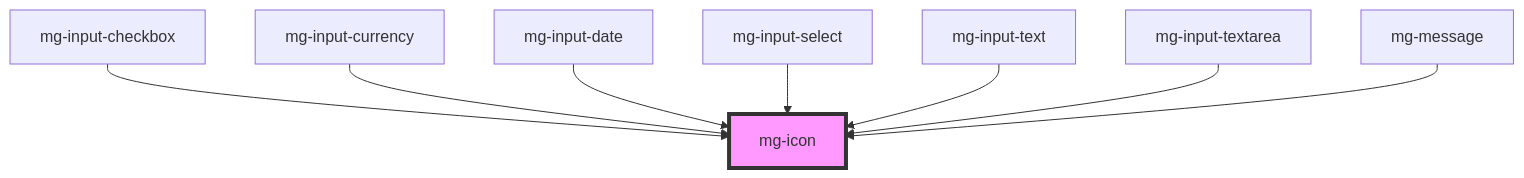
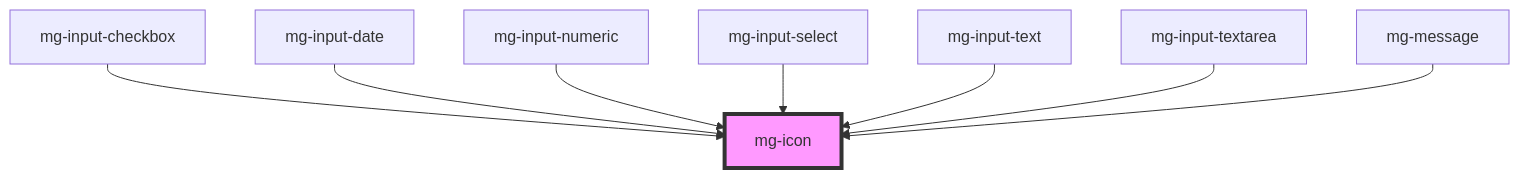
Before and after one commit to MGDIS/mg-components: the diagram in src/components/atoms/mg-icon/readme.md, drawn with Mermaid. The commit also changed other lines of this file and 20 other files, not shown here.

````diff
--- a/src/components/atoms/mg-icon/readme.md
+++ b/src/components/atoms/mg-icon/readme.md
@@ -29,11 +29,11 @@
 ```mermaid
 graph TD;
   mg-input-checkbox --> mg-icon
-  mg-input-currency --> mg-icon
   mg-input-date --> mg-icon
+  mg-input-numeric --> mg-icon
   mg-input-select --> mg-icon
   mg-input-text --> mg-icon
   mg-input-textarea --> mg-icon
   mg-message --> mg-icon
   style mg-icon fill:#f9f,stroke:#333,stroke-width:4px
 ```
````
